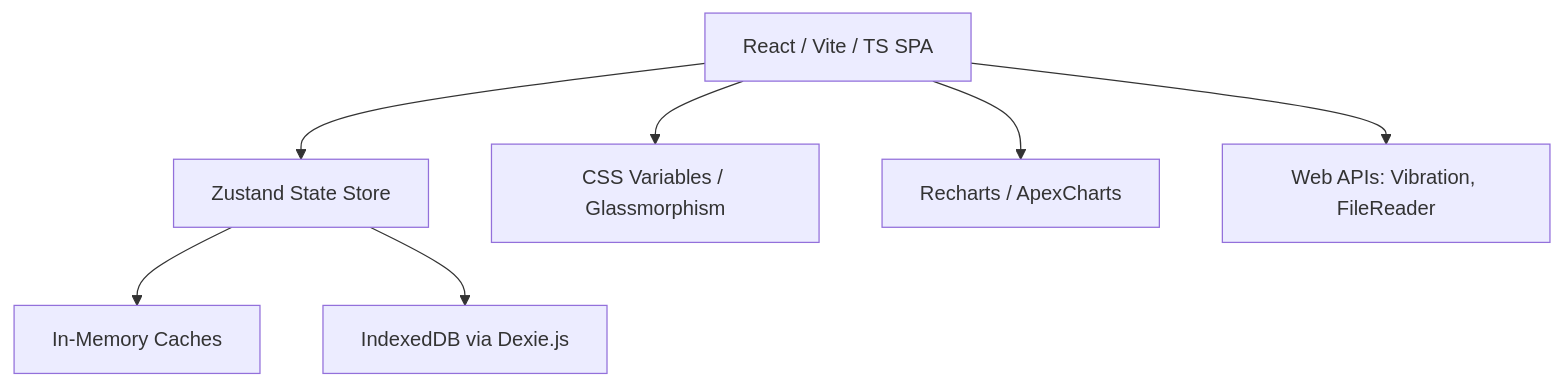
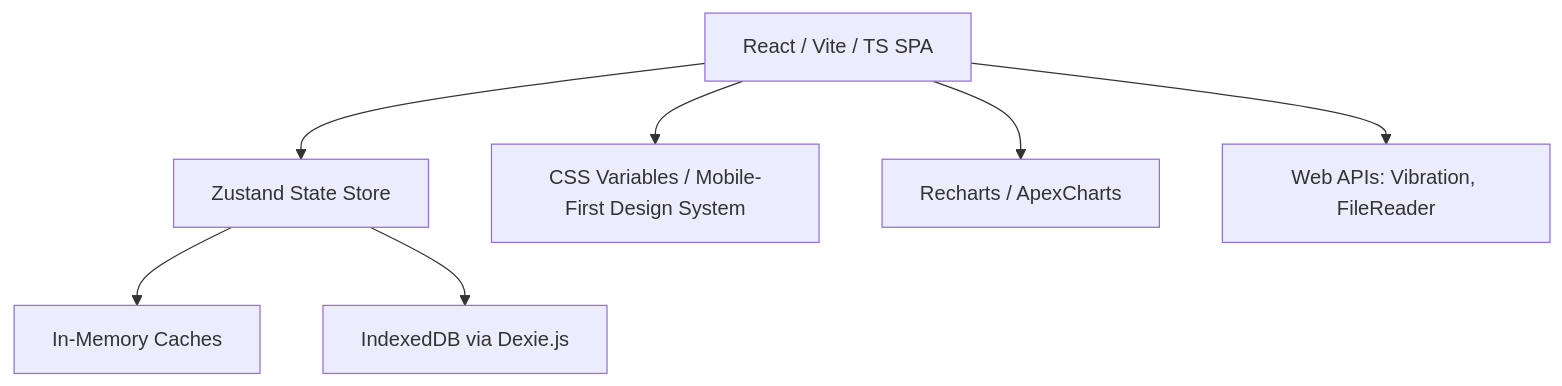
Before and after one commit to nitishmalpotra/LoadProgress: the first of 2 diagrams in docs/ANALYSIS_RESULTS.md, drawn with Mermaid. The commit also changed other lines of this file and 27 other files, not shown here.

Commit message:
mobile first redesign

````diff
--- a/docs/ANALYSIS_RESULTS.md
+++ b/docs/ANALYSIS_RESULTS.md
@@ -47,9 +111,9 @@
 ```mermaid
 graph TD
     UI[React / Vite / TS SPA] --> VM[Zustand State Store]
     VM --> Cache[In-Memory Caches]
     VM --> DB[IndexedDB via Dexie.js]
-    UI --> Theme[CSS Variables / Glassmorphism]
+    UI --> Theme[CSS Variables / Mobile-First Design System]
     UI --> Charts[Recharts / ApexCharts]
     UI --> WebAPI[Web APIs: Vibration, FileReader]
 ```
````
